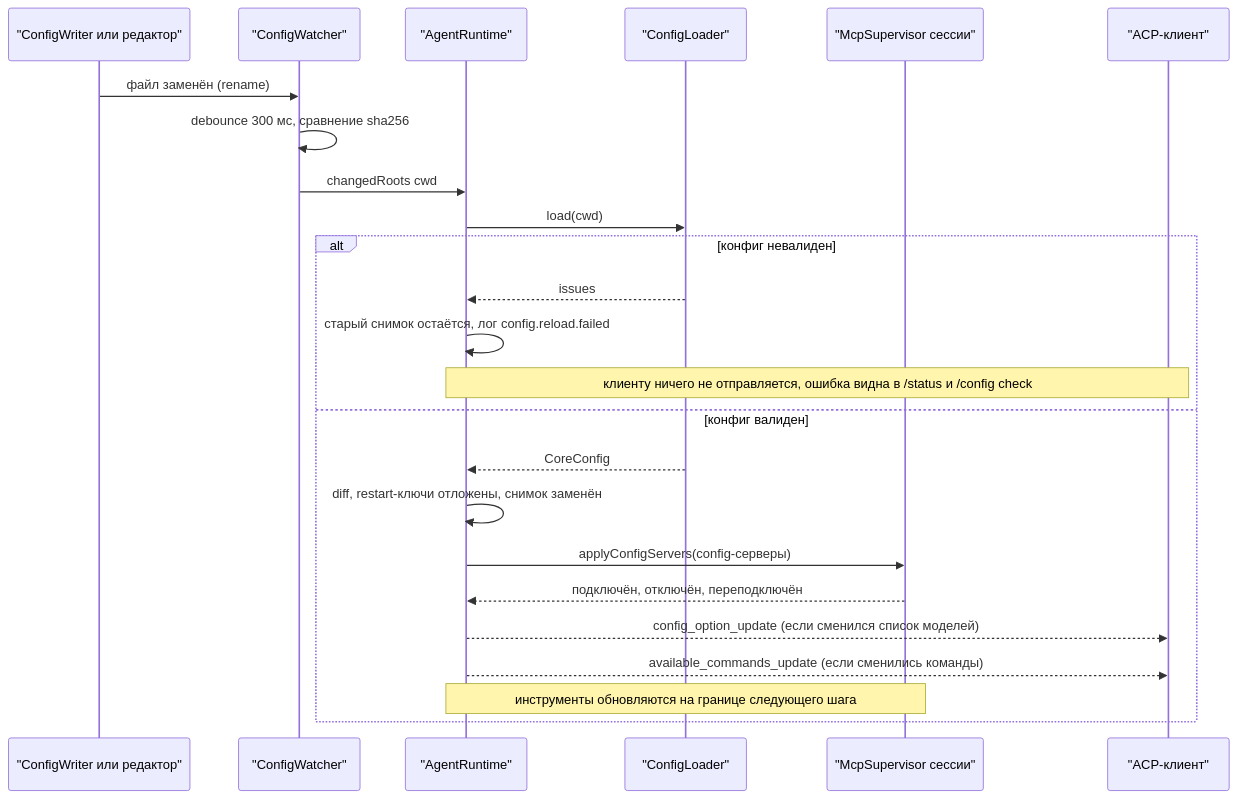
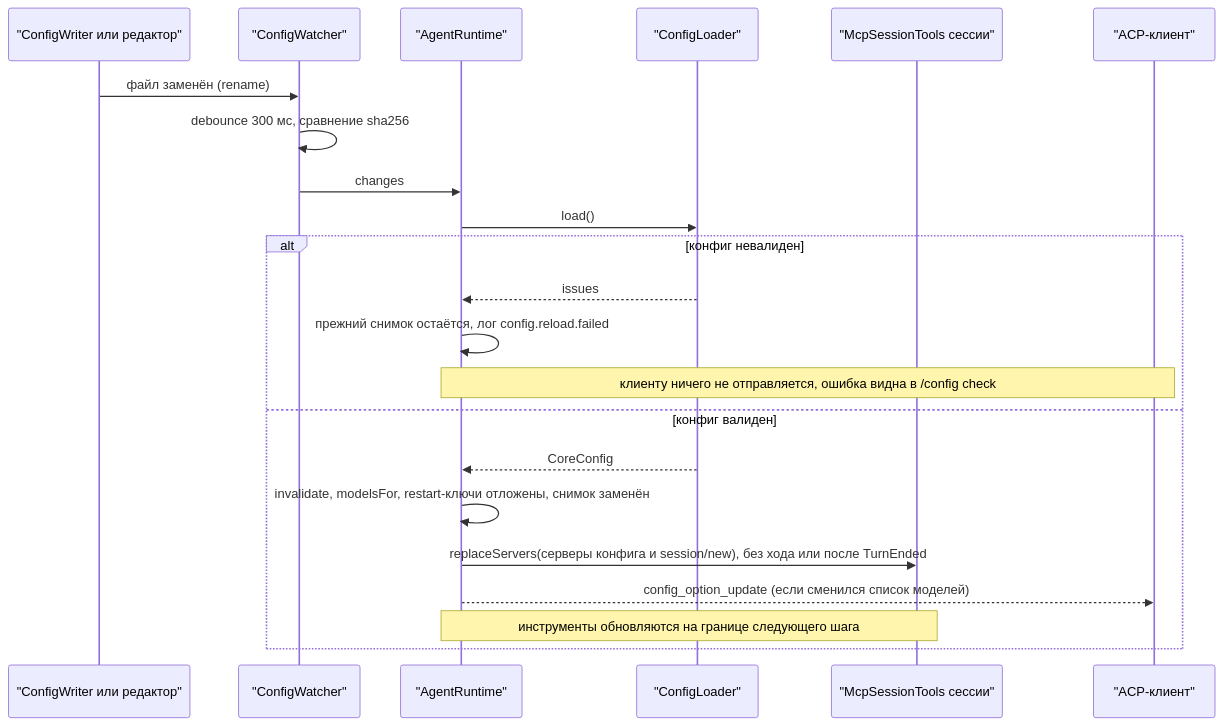
The first of 2 diagrams in docs/architecture/proposals/agent-core/17-5-agent-setup.md (pese-git/codelab-app), drawn with Mermaid before and after one commit. The commit also changed other lines of this file and 23 other files, not shown here.

Commit message:
docs: OpenSpec change add-config-writer-and-reload и документы итерации 0 (задача 8.10)

````diff
--- a/docs/architecture/proposals/agent-core/17-5-agent-setup.md
+++ b/docs/architecture/proposals/agent-core/17-5-agent-setup.md
@@ -733,26 +976,24 @@
 ```mermaid
 sequenceDiagram
     participant WR as "ConfigWriter или редактор"
     participant FW as "ConfigWatcher"
     participant RT as "AgentRuntime"
     participant LD as "ConfigLoader"
-    participant MS as "McpSupervisor сессии"
+    participant MS as "McpSessionTools сессии"
     participant CL as "ACP-клиент"
     WR->>FW: файл заменён (rename)
     FW->>FW: debounce 300 мс, сравнение sha256
-    FW->>RT: changedRoots cwd
-    RT->>LD: load(cwd)
+    FW->>RT: changes
+    RT->>LD: load()
     alt конфиг невалиден
         LD-->>RT: issues
-        RT->>RT: старый снимок остаётся, лог config.reload.failed
-        Note over RT,CL: клиенту ничего не отправляется, ошибка видна в /status и /config check
+        RT->>RT: прежний снимок остаётся, лог config.reload.failed
+        Note over RT,CL: клиенту ничего не отправляется, ошибка видна в /config check
     else конфиг валиден
         LD-->>RT: CoreConfig
-        RT->>RT: diff, restart-ключи отложены, снимок заменён
-        RT->>MS: applyConfigServers(config-серверы)
-        MS-->>RT: подключён, отключён, переподключён
+        RT->>RT: invalidate, modelsFor, restart-ключи отложены, снимок заменён
+        RT->>MS: replaceServers(серверы конфига и session/new), без хода или после TurnEnded
         RT-->>CL: config_option_update (если сменился список моделей)
-        RT-->>CL: available_commands_update (если сменились команды)
         Note over RT,MS: инструменты обновляются на границе следующего шага
     end
 ```
````
